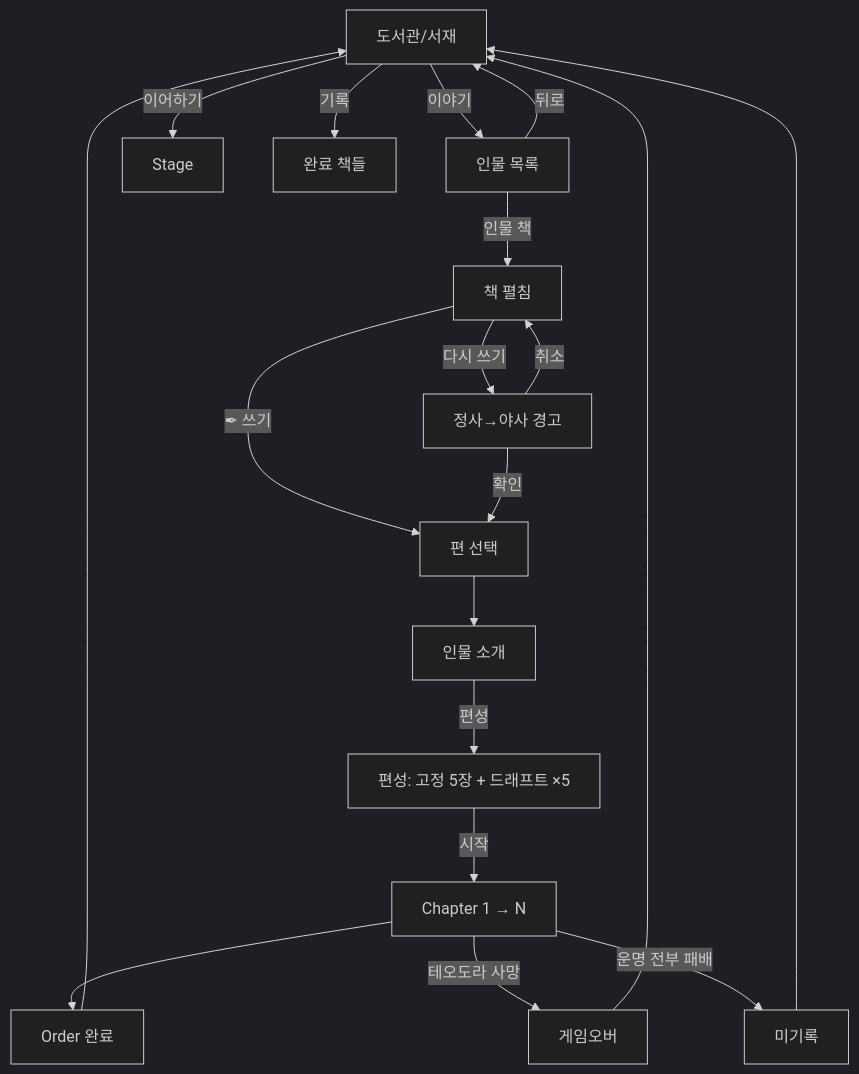
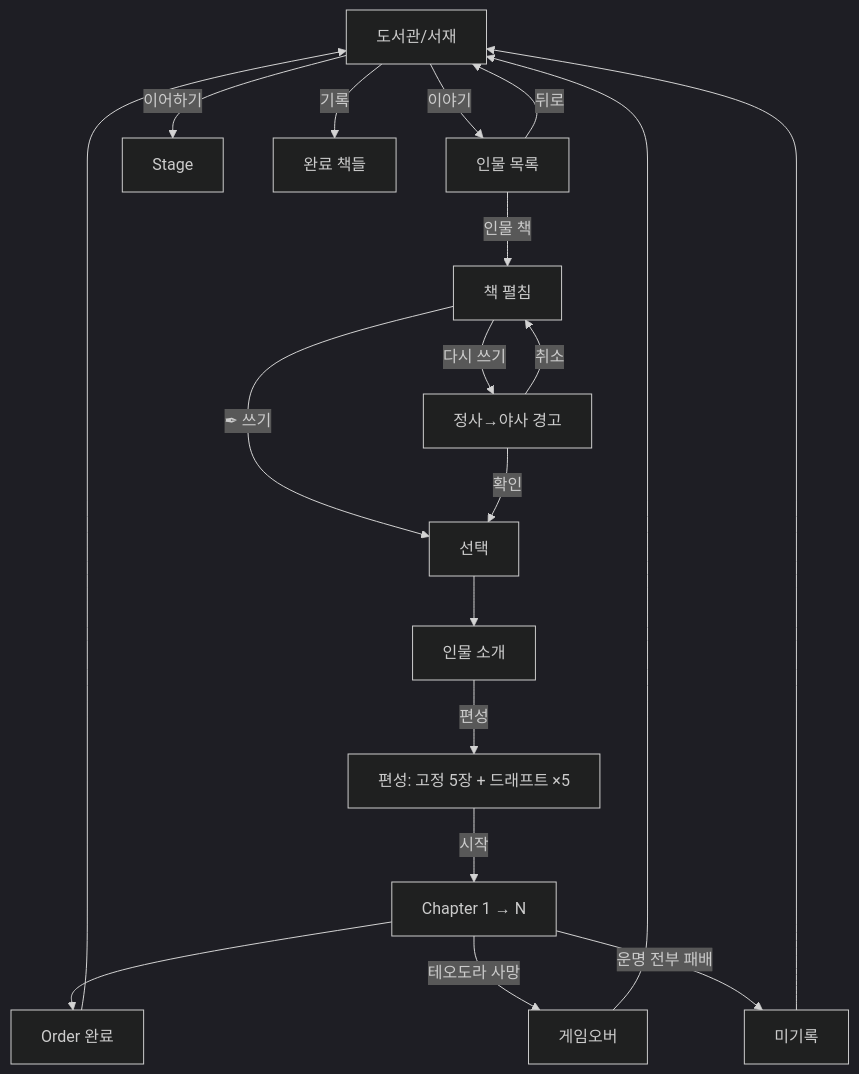
Before and after one commit to roam1215-beep/Chronicle-wiki: the diagram in design/ui_flow.md, drawn with Mermaid (dark theme). The commit also changed other lines of this file and 3 other files, not shown here.

````diff
--- a/design/ui_flow.md
+++ b/design/ui_flow.md
@@ -86,23 +86,23 @@
 ```mermaid
 flowchart TD
     LIB["도서관/서재"] -->|이야기| LIST["인물 목록"]
     LIB -->|이어하기| STAGE["Stage"]
     LIB -->|기록| RECORD["완료 책들"]
     
     LIST -->|인물 책| CHAR["책 펼침"]
     LIST -->|뒤로| LIB
     
-    CHAR -->|✒ 쓰기| PERSONA["편 선택"]
+    CHAR -->|✒ 쓰기| PERSONA["선택"]
     CHAR -->|다시 쓰기| WARN["정사→야사 경고"]
     WARN -->|확인| PERSONA
     WARN -->|취소| CHAR
     
     PERSONA --> INTRO["인물 소개"]
     INTRO -->|편성| DRAFT["편성: 고정 5장 + 드래프트 ×5"]
     DRAFT -->|시작| CH["Chapter 1 → N"]
     CH --> SAVE["Order 완료"]
     SAVE --> LIB
     
     CH -->|테오도라 사망| GG["게임오버"] --> LIB
     CH -->|운명 전부 패배| FAIL["미기록"] --> LIB
 ```
````
